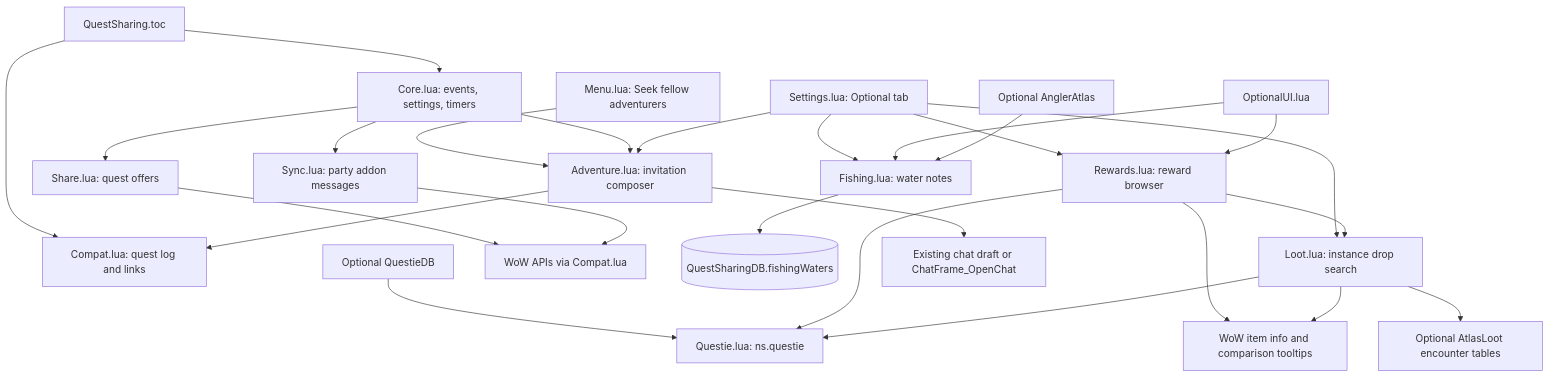
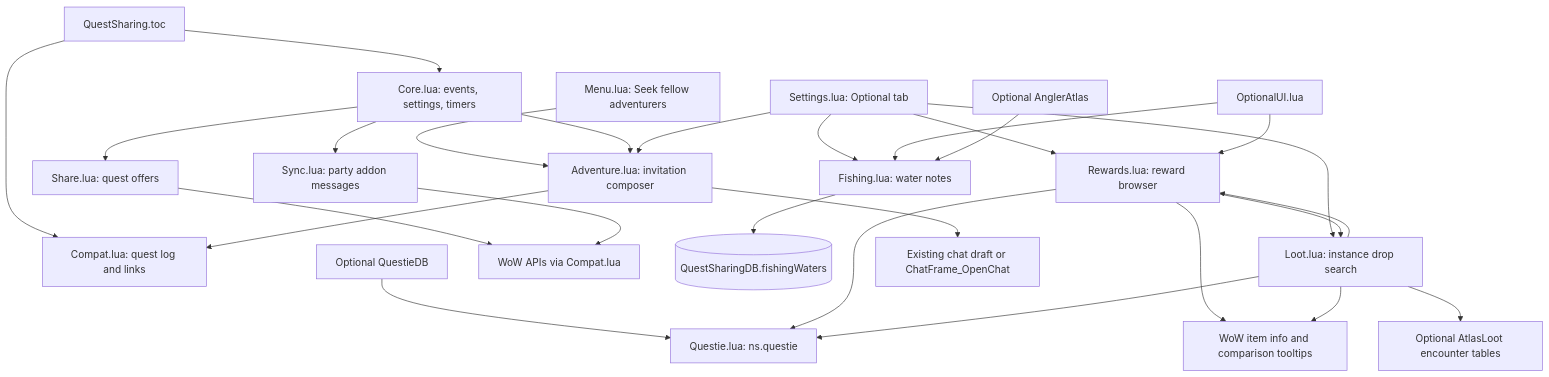
One commit to YodaGitMaster/QuestSharing changed the first of 7 diagrams in context/architecture.md. Above: the diagram before and after it, drawn with Mermaid. The commit also changed other lines of this file and 10 other files, not shown here.

````diff
--- a/context/architecture.md
+++ b/context/architecture.md
@@ -80,28 +81,29 @@
 ```mermaid
 flowchart TD
     TOC[QuestSharing.toc] --> Compat[Compat.lua: ns.compat]
     TOC --> Core[Core.lua: events, settings, timers]
     Core --> Share[Share.lua: quest offers]
     Core --> Sync[Sync.lua: party addon messages]
     DB[Optional QuestieDB] --> Q[Questie.lua: ns.questie]
     Share --> API[WoW APIs via Compat.lua]
     Sync --> API
     Settings[Settings.lua: Optional tab] --> Fishing[Fishing.lua: water notes]
     Settings --> Rewards[Rewards.lua: reward browser]
     OptionalUI[OptionalUI.lua] --> Fishing
     OptionalUI --> Rewards
     Fishing --> Waters[(QuestSharingDB.fishingWaters)]
     Atlas[Optional AnglerAtlas] --> Fishing
     Rewards --> Q
     Rewards --> Items[WoW item info and comparison tooltips]
     Settings --> Loot[Loot.lua: instance drop search]
     Rewards --> Loot
     Loot --> AtlasLoot[Optional AtlasLoot encounter tables]
     Loot --> Q
     Loot --> Items
+    Loot --> Rewards
     QuestMenu[Menu.lua: Seek fellow adventurers] --> Adventure[Adventure.lua: invitation composer]
     Core --> Adventure
     Settings --> Adventure
     Adventure --> Compat[Compat.lua: quest log and links]
     Adventure --> Chat[Existing chat draft or ChatFrame_OpenChat]
 ```
````
